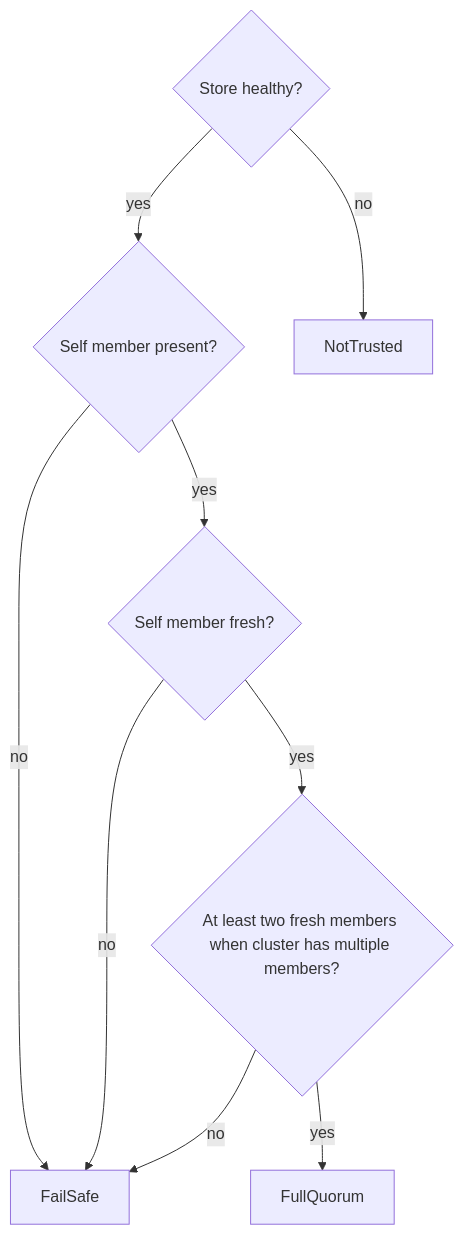
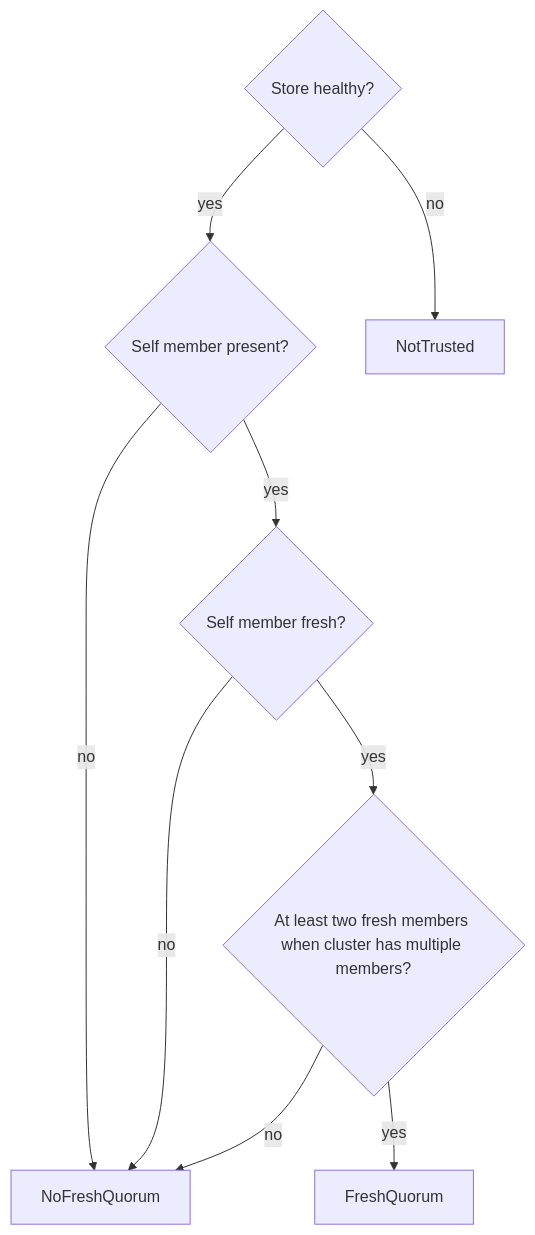
Before and after one commit to djosh34/pgtuskmaster_rust: the third of 3 diagrams in docs/src/explanation/architecture.md, drawn with Mermaid. The commit also changed other lines of this file and 47 other files, not shown here.

````diff
--- a/docs/src/explanation/architecture.md
+++ b/docs/src/explanation/architecture.md
@@ -114,19 +114,19 @@
 ```mermaid
 flowchart TD
     EtcdHealthy{Store healthy?}
     SelfPresent{Self member present?}
     SelfFresh{Self member fresh?}
     EnoughFresh{At least two fresh members when cluster has multiple members?}
     NotTrusted[NotTrusted]
-    FailSafe[FailSafe]
-    FullQuorum[FullQuorum]
+    NoFreshQuorum[NoFreshQuorum]
+    FreshQuorum[FreshQuorum]
 
     EtcdHealthy -- no --> NotTrusted
     EtcdHealthy -- yes --> SelfPresent
-    SelfPresent -- no --> FailSafe
+    SelfPresent -- no --> NoFreshQuorum
     SelfPresent -- yes --> SelfFresh
-    SelfFresh -- no --> FailSafe
+    SelfFresh -- no --> NoFreshQuorum
     SelfFresh -- yes --> EnoughFresh
-    EnoughFresh -- no --> FailSafe
-    EnoughFresh -- yes --> FullQuorum
+    EnoughFresh -- no --> NoFreshQuorum
+    EnoughFresh -- yes --> FreshQuorum
 ```
````
